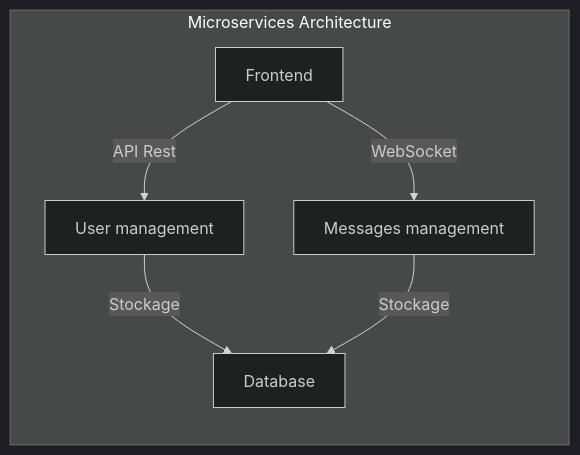
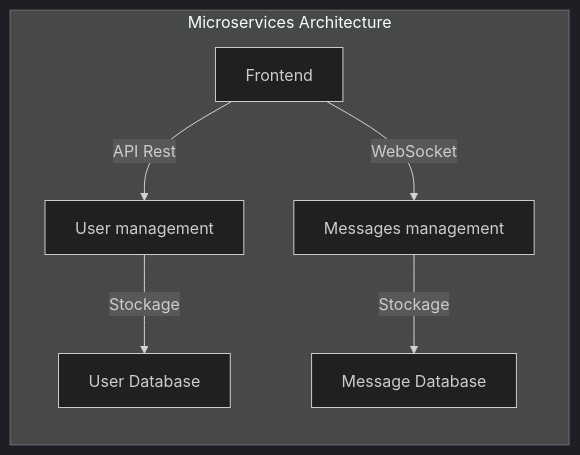
Before and after one commit to YR72dpi/SecuredWhisker: the first of 3 diagrams in README.md, drawn with Mermaid (dark theme). The commit also changed other lines of this file, not shown here.

Commit message:
refactor: schema

````diff
--- a/README.md
+++ b/README.md
@@ -26,15 +26,16 @@
 ```mermaid
 graph RL;
     subgraph "Microservices Architecture"
         UserService["User management"] 
         MessageService["Messages management"]
         Frontend["Frontend"]
-        Database["Database"]
+        UserDatabase["User Database"]
+        MessageDatabase["Message Database"]
     end
 
     Frontend -->|API Rest| UserService
     Frontend -->|WebSocket| MessageService
-    UserService -->|Stockage| Database
-    MessageService -->|Stockage| Database
+    UserService -->|Stockage| UserDatabase
+    MessageService -->|Stockage| MessageDatabase
 
 ```
````
